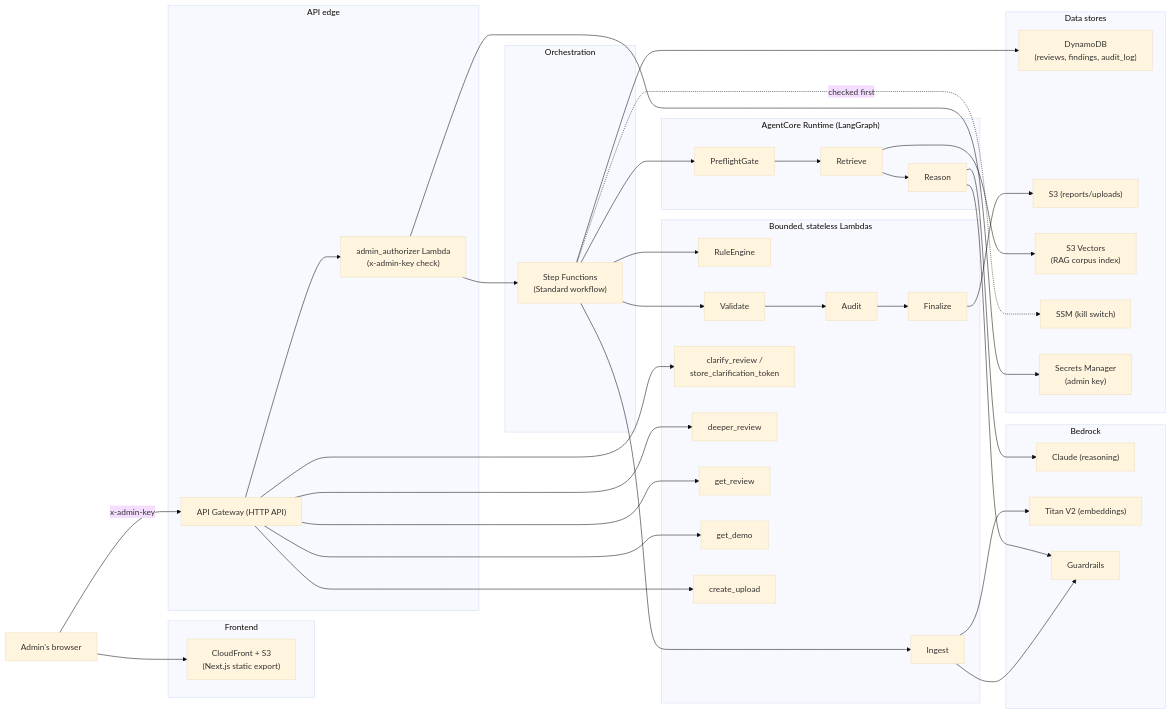
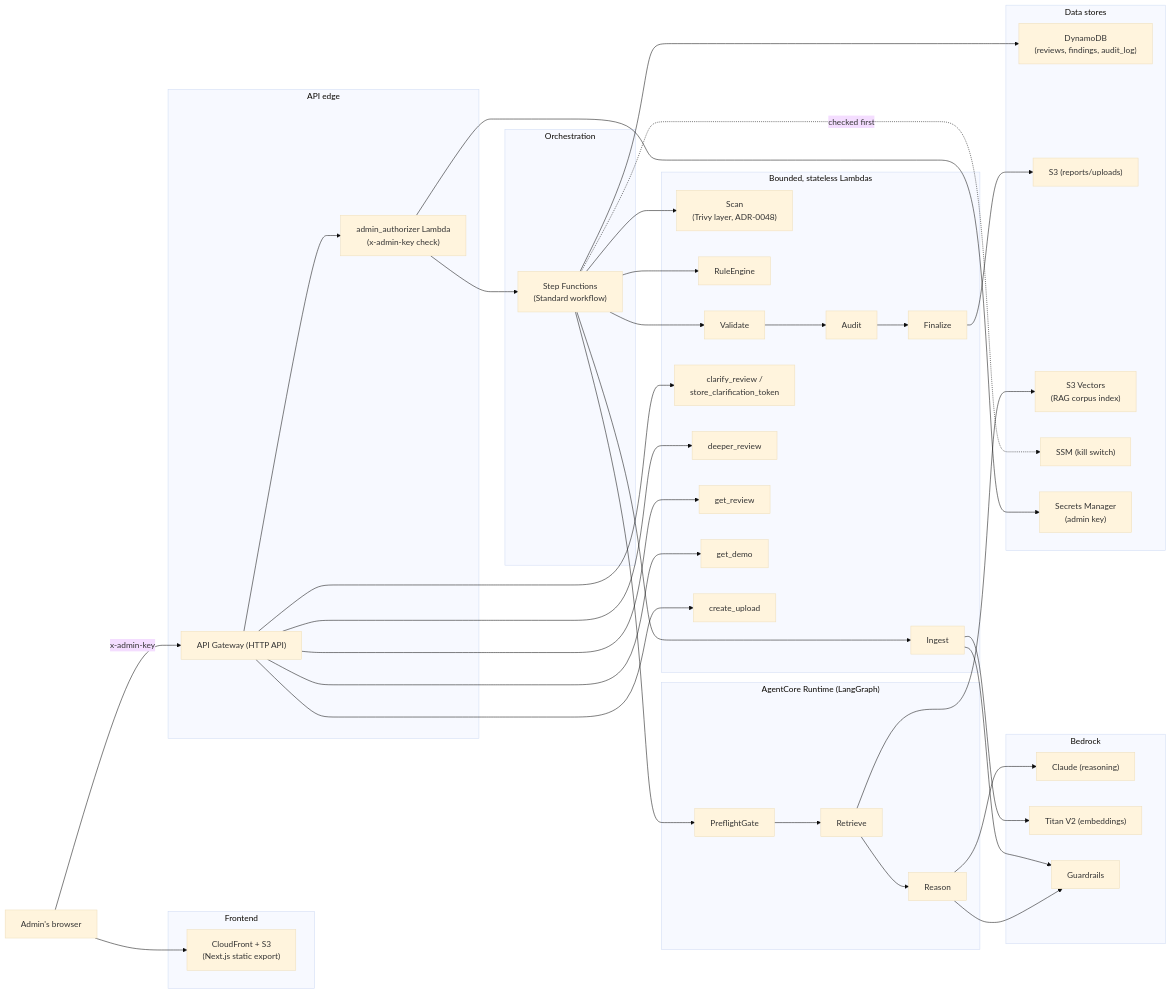
The first of 2 diagrams in docs/architecture.md (nandohtorres/archibrief), drawn with Mermaid (base theme) before and after one commit. The commit also changed other lines of this file, not shown here.

Commit message:
docs: add the Scan step to the architecture doc; drop a private-vault reference

````diff
--- a/docs/architecture.md
+++ b/docs/architecture.md
@@ -11,73 +11,75 @@
 ```mermaid
 flowchart LR
     User["Admin's browser"]
 
     subgraph Frontend["Frontend"]
         CF["CloudFront + S3<br/>(Next.js static export)"]
     end
 
     subgraph Edge["API edge"]
         APIGW["API Gateway (HTTP API)"]
         Auth["admin_authorizer Lambda<br/>(x-admin-key check)"]
     end
 
     subgraph Orchestration["Orchestration"]
         SFN["Step Functions<br/>(Standard workflow)"]
     end
 
     subgraph Compute["Bounded, stateless Lambdas"]
         Ingest["Ingest"]
+        Scan["Scan<br/>(Trivy layer, ADR-0048)"]
         Rules["RuleEngine"]
         Validate["Validate"]
         Audit["Audit"]
         Finalize["Finalize"]
         Clarify["clarify_review /<br/>store_clarification_token"]
         Deeper["deeper_review"]
         GetReview["get_review"]
         GetDemo["get_demo"]
         CreateUpload["create_upload"]
     end
 
     subgraph Reasoning["AgentCore Runtime (LangGraph)"]
         Preflight["PreflightGate"]
         Retrieve["Retrieve"]
         Reason["Reason"]
     end
 
     subgraph AWSAI["Bedrock"]
         Claude["Claude (reasoning)"]
         Titan["Titan V2 (embeddings)"]
         GR["Guardrails"]
     end
 
     subgraph Data["Data stores"]
         DDB["DynamoDB<br/>(reviews, findings, audit_log)"]
         S3R["S3 (reports/uploads)"]
         S3V["S3 Vectors<br/>(RAG corpus index)"]
         SSM["SSM (kill switch)"]
         Secrets["Secrets Manager<br/>(admin key)"]
     end
 
     User --> CF
     User -->|x-admin-key| APIGW
     APIGW --> Auth
     Auth --> SFN
     APIGW --> GetDemo
     APIGW --> GetReview
     APIGW --> Clarify
     APIGW --> Deeper
     APIGW --> CreateUpload
 
     SFN --> Ingest --> GR
+    SFN --> Scan
     SFN --> Rules
     SFN --> Preflight --> Retrieve --> S3V
     Retrieve --> Reason
     Reason --> Claude
     Reason --> GR
     SFN --> Validate --> Audit --> Finalize
     Finalize --> S3R
     SFN --> DDB
     SFN -.->|checked first| SSM
     Ingest --> Titan
     Auth --> Secrets
 ```
````
